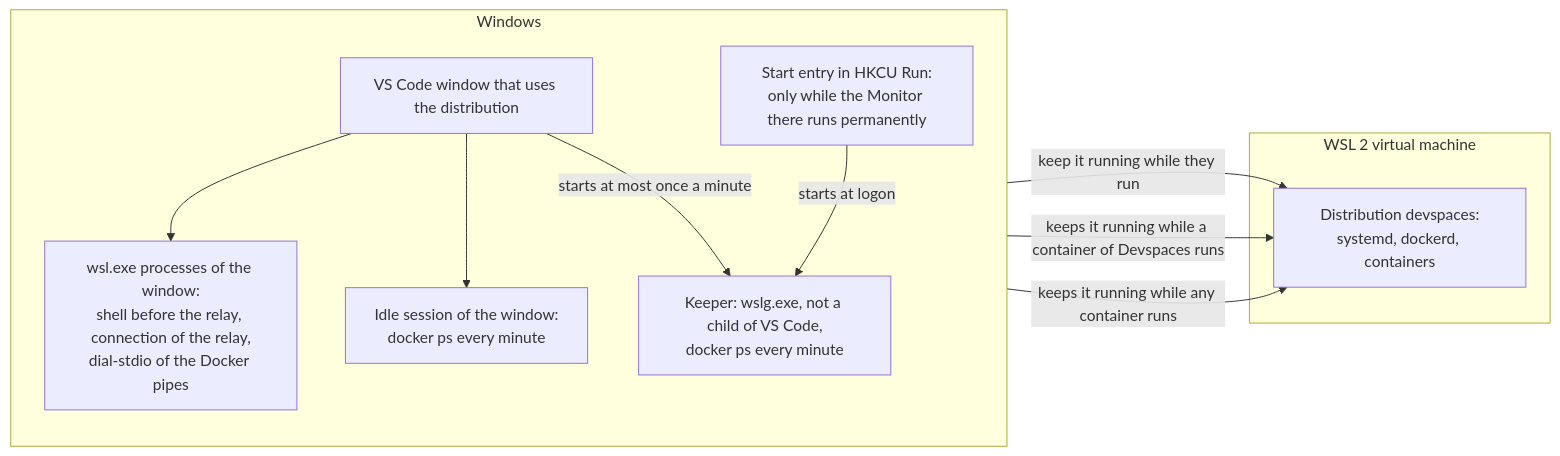
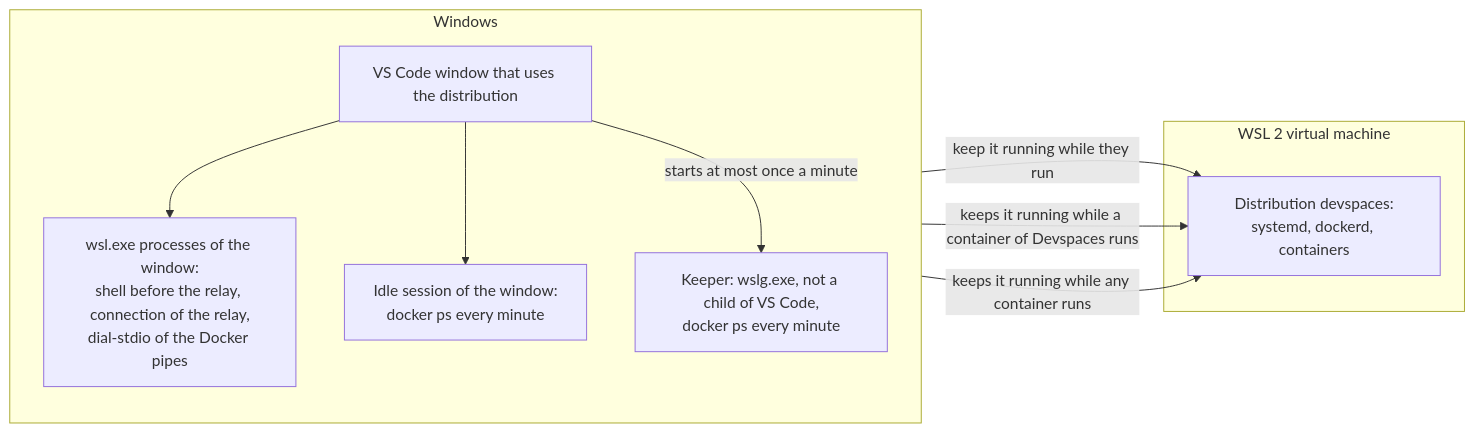
The fourth of 4 diagrams in docs/remote-connection.md (nimblescape/devspaces-vscode), drawn with Mermaid before and after one commit. The commit also changed other lines of this file and 37 other files, not shown here.

First line of the commit message:
Ask no question about the Monitor: it keeps running only on a remote host (#77)

````diff
--- a/docs/remote-connection.md
+++ b/docs/remote-connection.md
@@ -521,21 +521,19 @@
 ```mermaid
 flowchart LR
   subgraph WINDOWS["Windows"]
     direction TB
     VS["VS Code window that uses the distribution"]
     P["wsl.exe processes of the window:<br/>shell before the relay, connection of the relay,<br/>dial-stdio of the Docker pipes"]
     I["Idle session of the window:<br/>docker ps every minute"]
     K["Keeper: wslg.exe, not a child of VS Code,<br/>docker ps every minute"]
-    RUN["Start entry in HKCU Run:<br/>only while the Monitor there runs permanently"]
   end
   subgraph VM["WSL 2 virtual machine"]
     D["Distribution devspaces:<br/>systemd, dockerd, containers"]
   end
   VS --> P
   VS --> I
   VS -- "starts at most once a minute" --> K
-  RUN -- "starts at logon" --> K
   P -- "keep it running while they run" --> D
   I -- "keeps it running while a container of Devspaces runs" --> D
   K -- "keeps it running while any container runs" --> D
 ```
````
